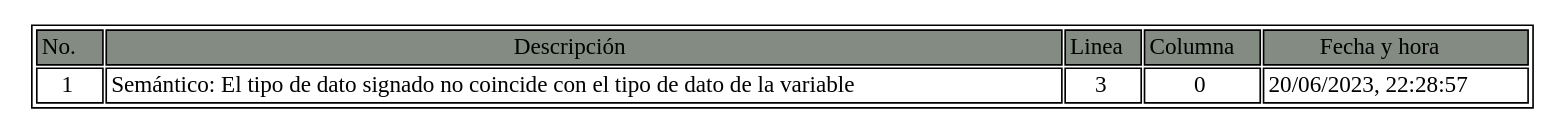
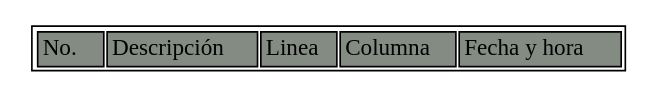
The diagram in Fase 1/backend/TablaErrores.dot (LuisaMariaO/OLC2P1-Luisa-Ortiz-Marjorie-Reyes), drawn with Graphviz before and after one commit. The commit also changed 5 other files, not shown here.

```diff
--- a/Fase 1/backend/TablaErrores.dot
+++ b/Fase 1/backend/TablaErrores.dot
@@ -1,21 +1,14 @@
 digraph {
             node[shape=none]
             n1[label=<
             <table border="1">]
             <tr>
             <td bgcolor="honeydew4"> No. </td>
             <td bgcolor="honeydew4">Descripción</td>
             <td bgcolor="honeydew4">Linea</td>
             <td bgcolor="honeydew4">Columna</td>
             <td bgcolor="honeydew4">Fecha y hora</td>
             </tr>
-<tr>
-<td>1</td>
-<td>Semántico: El tipo de dato signado no coincide con el tipo de dato de la variable</td> 
- <td>3</td> 
- <td>0</td> 
- <td>20/06/2023, 22:28:57</td> 
-</tr>
 </table>
     >]
     }
```
